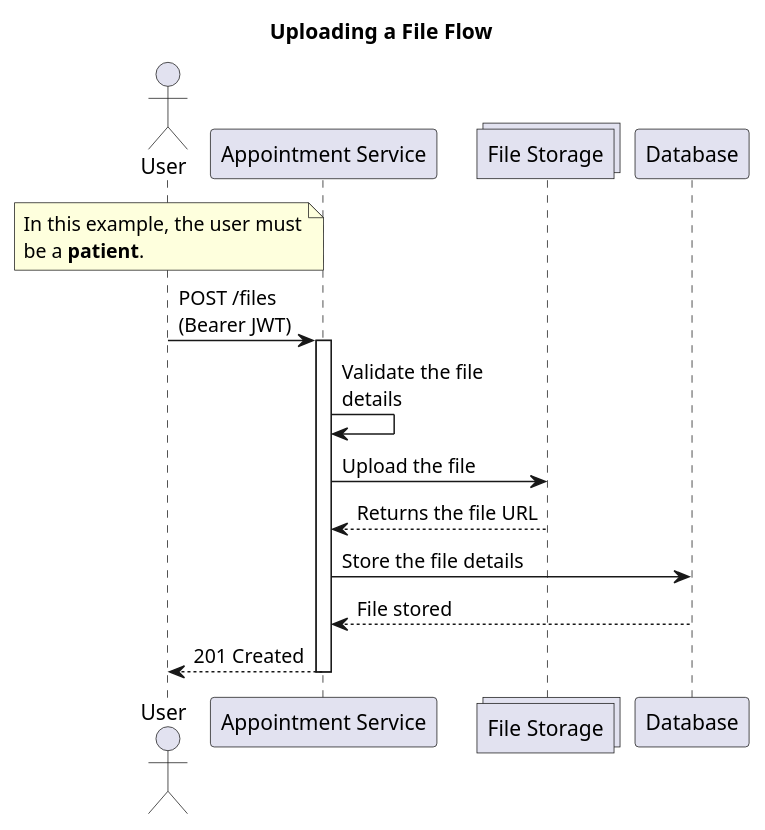
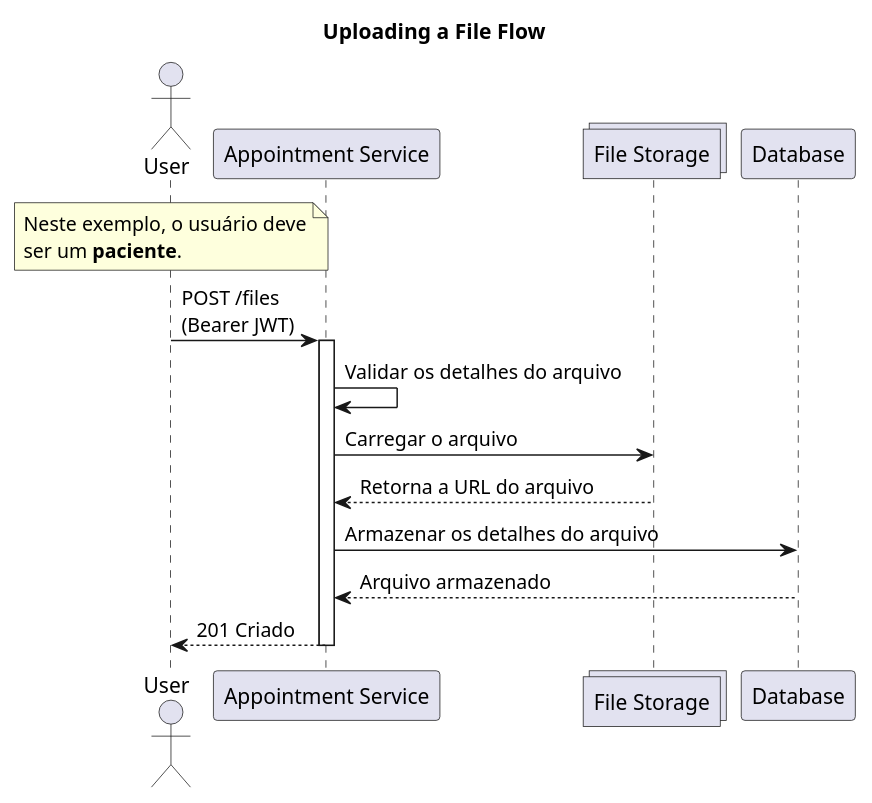
One commit to jfelipearaujo-healthmed/appointment-service changed the diagram in docs/upload_file.puml. Above: the diagram before and after it, drawn with PlantUML. The commit also changed 20 other files, not shown here.

```diff
--- a/docs/upload_file.puml
+++ b/docs/upload_file.puml
@@ -1,26 +1,26 @@
 @startuml upload_file
 
 title Uploading a File Flow
 
 actor "User" as user
 participant "Appointment Service" as appointment_service
 collections "File Storage" as file_storage
 participant "Database" as database
 
 note over user
-In this example, the user must
-be a **patient**.
+Neste exemplo, o usuário deve
+ser um **paciente**.
 end note
 
 user -> appointment_service: POST /files\n(Bearer JWT)
 
 activate appointment_service
-appointment_service -> appointment_service: Validate the file\ndetails
-appointment_service -> file_storage: Upload the file
-file_storage --> appointment_service: Returns the file URL
-appointment_service -> database: Store the file details
-database --> appointment_service: File stored
-appointment_service --> user: 201 Created
+appointment_service -> appointment_service: Validar os detalhes do arquivo
+appointment_service -> file_storage: Carregar o arquivo
+file_storage --> appointment_service: Retorna a URL do arquivo
+appointment_service -> database: Armazenar os detalhes do arquivo
+database --> appointment_service: Arquivo armazenado
+appointment_service --> user: 201 Criado
 deactivate appointment_service
 
 @enduml
```
